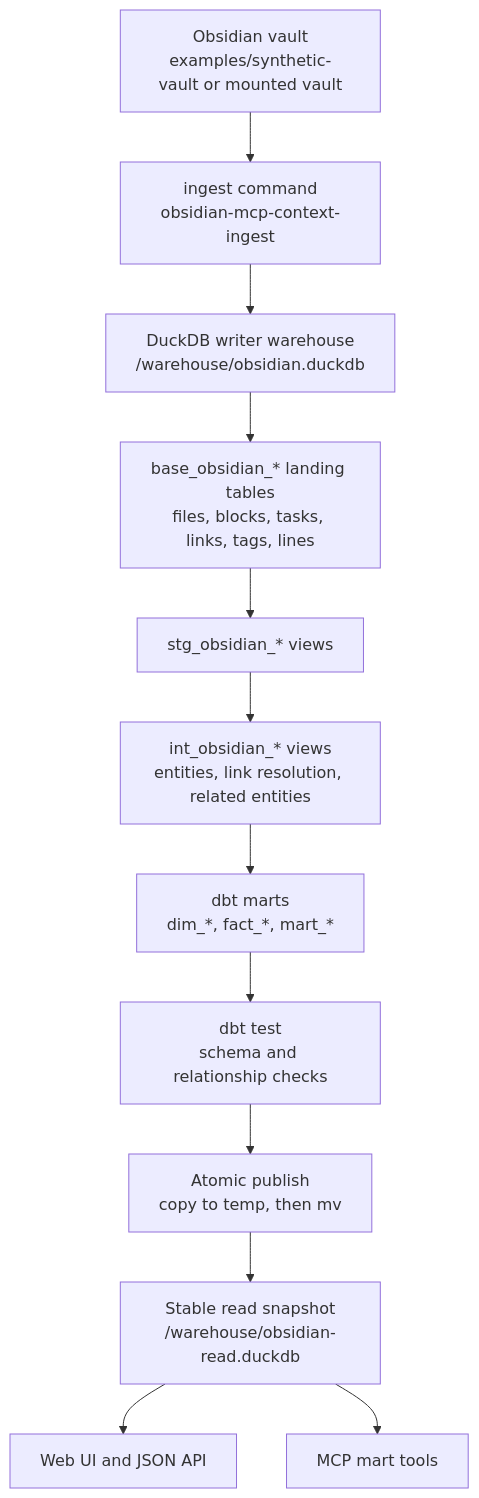
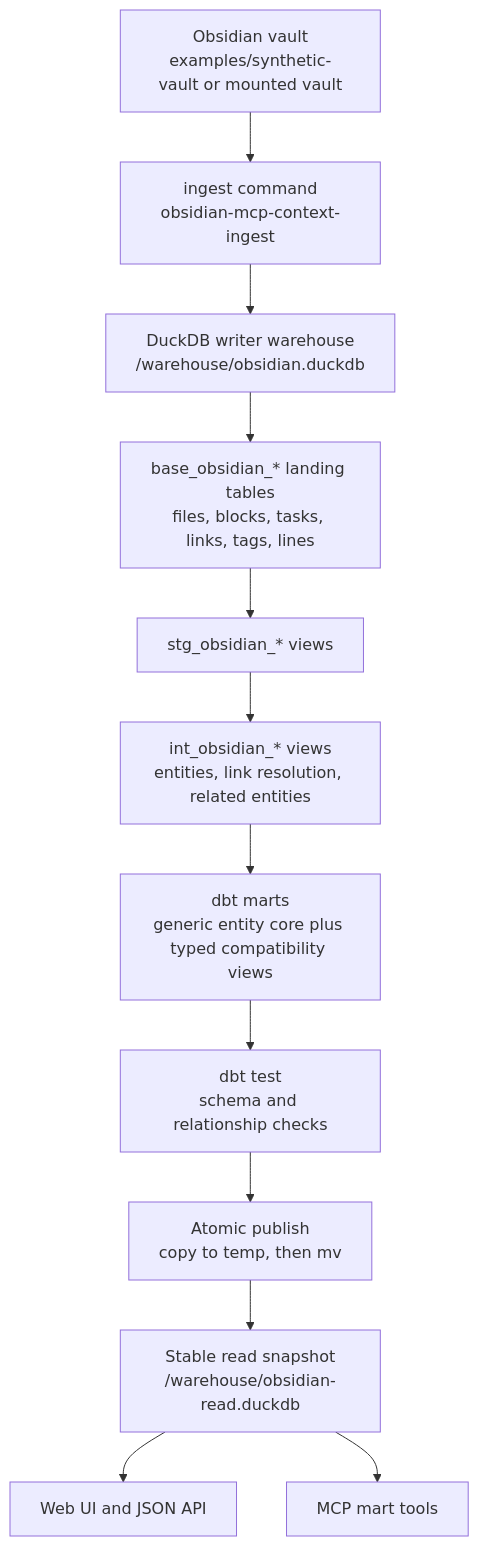
The second of 3 diagrams in docs/architecture.md (gavinsomers/obsidian-mcp-context), drawn with Mermaid before and after one commit. The commit also changed other lines of this file and 16 other files, not shown here.

Commit message:
Add entity-agnostic pipeline marts

````diff
--- a/docs/architecture.md
+++ b/docs/architecture.md
@@ -53,29 +53,29 @@
 ```mermaid
 flowchart TD
   vault["Obsidian vault<br/>examples/synthetic-vault or mounted vault"]
   ingest["ingest command<br/>obsidian-mcp-context-ingest"]
   writer["DuckDB writer warehouse<br/>/warehouse/obsidian.duckdb"]
 
   base["base_obsidian_* landing tables<br/>files, blocks, tasks, links, tags, lines"]
   staging["stg_obsidian_* views"]
   intermediate["int_obsidian_* views<br/>entities, link resolution, related entities"]
-  marts["dbt marts<br/>dim_*, fact_*, mart_*"]
+  marts["dbt marts<br/>generic entity core plus typed compatibility views"]
   tests["dbt test<br/>schema and relationship checks"]
   publish["Atomic publish<br/>copy to temp, then mv"]
   reader["Stable read snapshot<br/>/warehouse/obsidian-read.duckdb"]
 
   web["Web UI and JSON API"]
   mcp["MCP mart tools"]
 
   vault --> ingest
   ingest --> writer
   writer --> base
   base --> staging
   staging --> intermediate
   intermediate --> marts
   marts --> tests
   tests --> publish
   publish --> reader
   reader --> web
   reader --> mcp
 ```
````
